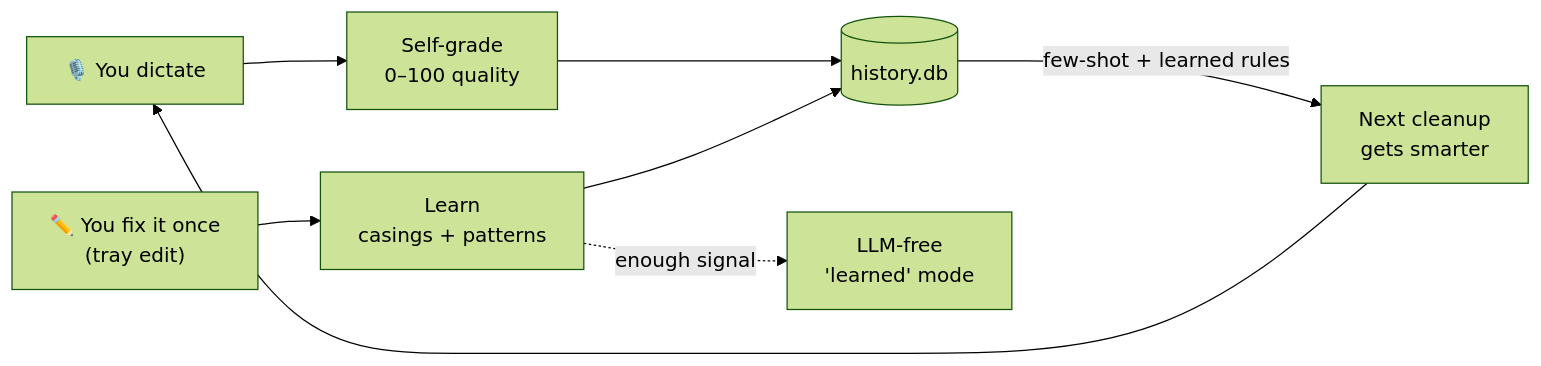
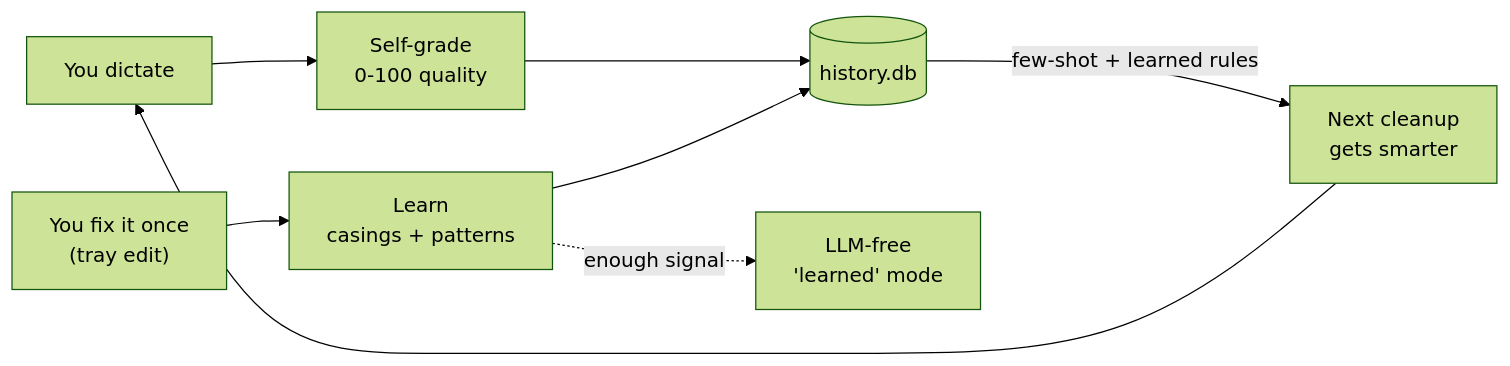
Before and after one commit to JOhnsonKC201/Echo_FLOW: the first of 3 diagrams in README.md, drawn with Mermaid (forest theme). The commit also changed other lines of this file and 1 other file, not shown here.

````diff
--- a/README.md
+++ b/README.md
@@ -83,10 +83,10 @@
 ```mermaid
 flowchart LR
-    D["🎙️ You dictate"] --> G["Self-grade<br/>0–100 quality"]
+    D["You dictate"] --> G["Self-grade<br/>0-100 quality"]
     G --> H[("history.db")]
-    E["✏️ You fix it once<br/>(tray edit)"] --> L["Learn<br/>casings + patterns"]
+    E["You fix it once<br/>(tray edit)"] --> L["Learn<br/>casings + patterns"]
     L --> H
     H -->|"few-shot + learned rules"| C["Next cleanup<br/>gets smarter"]
     C --> D
     L -.->|"enough signal"| F["LLM-free<br/>'learned' mode"]
 ```
````
